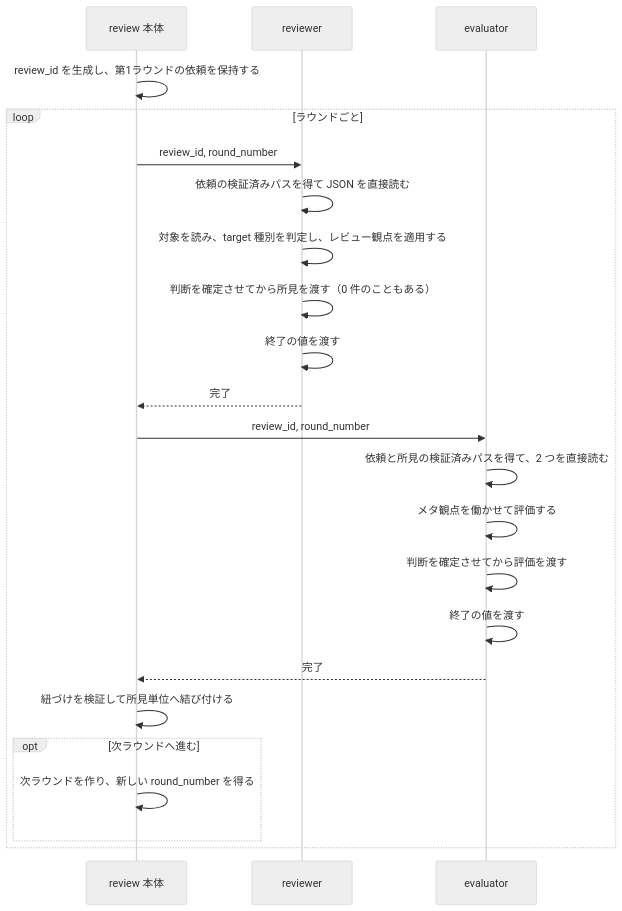
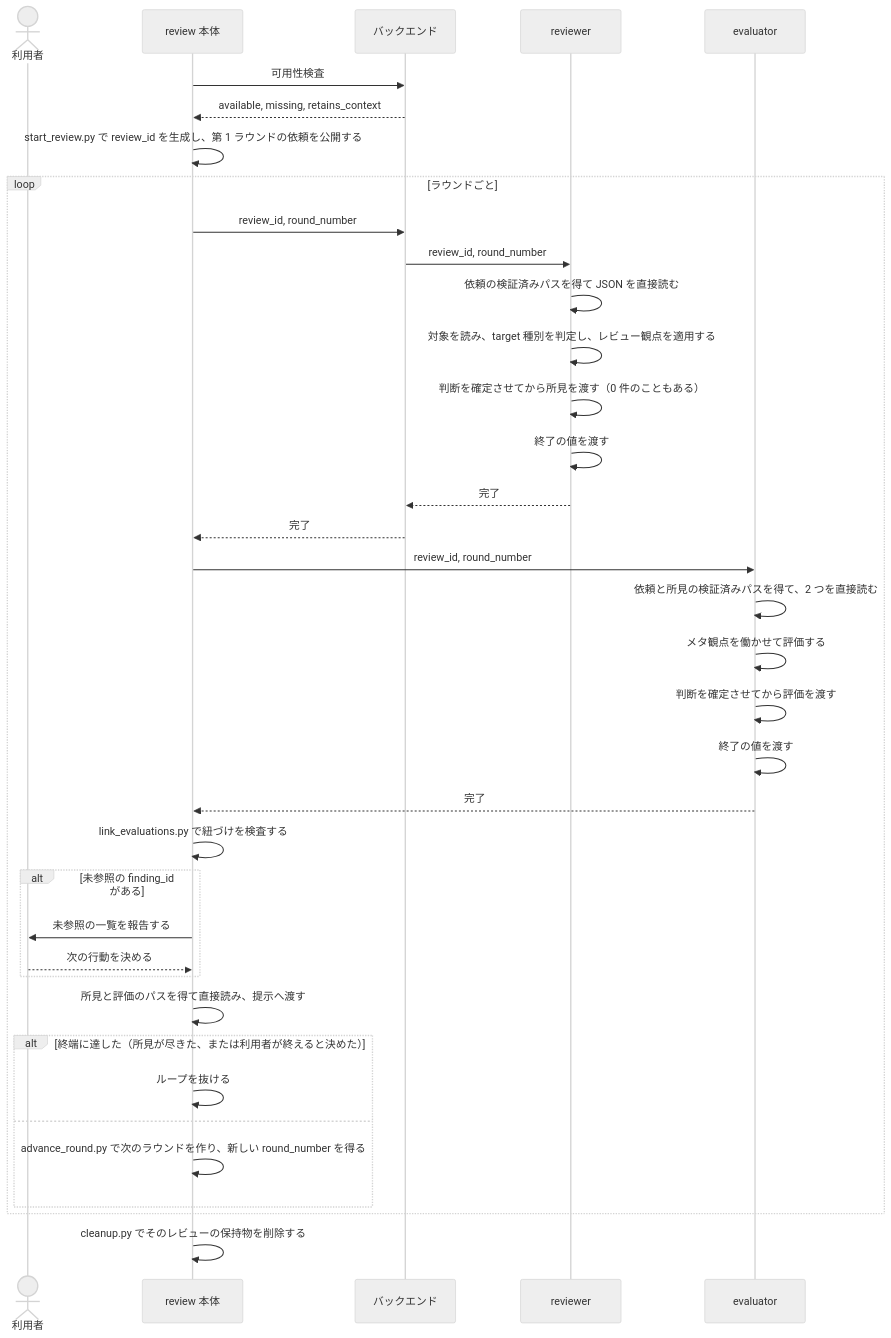
Before and after one commit to BlueEventHorizon/bw-cc-plugins: the first of 2 diagrams in docs/specs/review/design/DES-084_reviewer_design.md, drawn with Mermaid (neutral theme). The commit also changed other lines of this file and 4 other files, not shown here.

````diff
--- a/docs/specs/review/design/DES-084_reviewer_design.md
+++ b/docs/specs/review/design/DES-084_reviewer_design.md
@@ -28,26 +28,40 @@
 ```mermaid
 sequenceDiagram
+    actor Human as 利用者
     participant Body as review 本体
+    participant B as バックエンド
     participant R as reviewer
     participant E as evaluator
 
-    Body->>Body: review_id を生成し、第1ラウンドの依頼を保持する
+    Body->>B: 可用性検査
+    B-->>Body: available, missing, retains_context
+    Body->>Body: start_review.py で review_id を生成し、第 1 ラウンドの依頼を公開する
     loop ラウンドごと
-        Body->>R: review_id, round_number
+        Body->>B: review_id, round_number
+        B->>R: review_id, round_number
         R->>R: 依頼の検証済みパスを得て JSON を直接読む
         R->>R: 対象を読み、target 種別を判定し、レビュー観点を適用する
         R->>R: 判断を確定させてから所見を渡す（0 件のこともある）
         R->>R: 終了の値を渡す
-        R-->>Body: 完了
+        R-->>B: 完了
+        B-->>Body: 完了
         Body->>E: review_id, round_number
         E->>E: 依頼と所見の検証済みパスを得て、2 つを直接読む
         E->>E: メタ観点を働かせて評価する
         E->>E: 判断を確定させてから評価を渡す
         E->>E: 終了の値を渡す
         E-->>Body: 完了
-        Body->>Body: 紐づけを検証して所見単位へ結び付ける
-        opt 次ラウンドへ進む
-            Body->>Body: 次ラウンドを作り、新しい round_number を得る
+        Body->>Body: link_evaluations.py で紐づけを検査する
+        alt 未参照の finding_id がある
+            Body->>Human: 未参照の一覧を報告する
+            Human-->>Body: 次の行動を決める
+        end
+        Body->>Body: 所見と評価のパスを得て直接読み、提示へ渡す
+        alt 終端に達した（所見が尽きた、または利用者が終えると決めた）
+            Body->>Body: ループを抜ける
+        else
+            Body->>Body: advance_round.py で次のラウンドを作り、新しい round_number を得る
         end
     end
+    Body->>Body: cleanup.py でそのレビューの保持物を削除する
 ```
````
